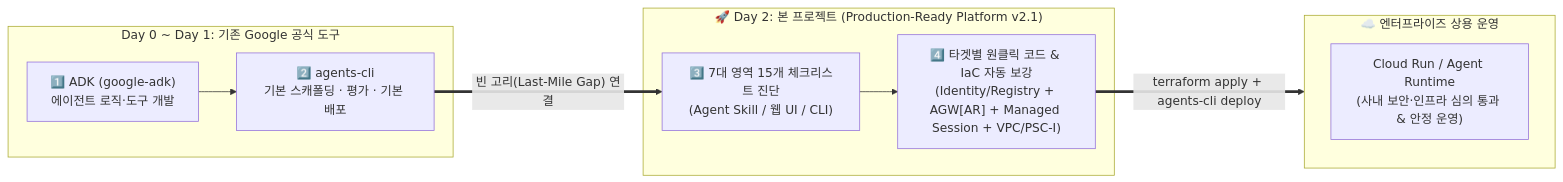
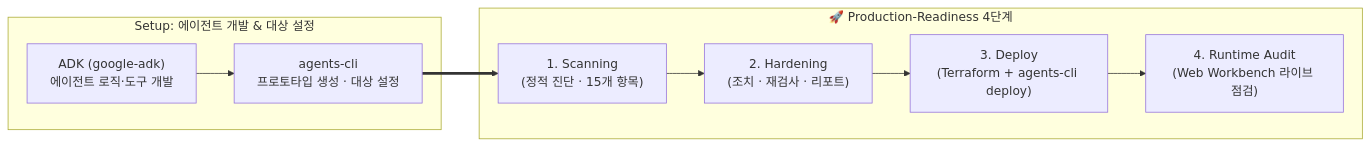
Before and after one commit to kiwonilee/production-ready-agent-platform: the diagram in README.md, drawn with Mermaid. The commit also changed other lines of this file and 10 other files, not shown here.

First line of the commit message:
refactor: replace weighted scores with RAG compliance gate and adopt 4-stage lab flow

````diff
--- a/README.md
+++ b/README.md
@@ -38,21 +38,18 @@
 ```mermaid
 flowchart LR
-    subgraph Day0_1["Day 0 ~ Day 1: 기존 Google 공식 도구"]
-        ADK["1️⃣ ADK (google-adk)<br/>에이전트 로직·도구 개발"]
-        ACLI["2️⃣ agents-cli<br/>기본 스캐폴딩 · 평가 · 기본 배포"]
+    subgraph Day0_1["Setup: 에이전트 개발 & 대상 설정"]
+        ADK["ADK (google-adk)<br/>에이전트 로직·도구 개발"]
+        ACLI["agents-cli<br/>프로토타입 생성 · 대상 설정"]
         ADK --> ACLI
     end
 
-    subgraph OurProject["🚀 Day 2: 본 프로젝트 (Production-Ready Platform v2.1)"]
-        Check["3️⃣ 7대 영역 15개 체크리스트 진단<br/>(Agent Skill / 웹 UI / CLI)"]
-        Patch["4️⃣ 타겟별 원클릭 코드 & IaC 자동 보강<br/>(Identity/Registry + AGW[AR] + Managed Session + VPC/PSC-I)"]
-        Check --> Patch
+    subgraph Readiness["🚀 Production-Readiness 4단계"]
+        S1["1. Scanning<br/>(정적 진단 · 15개 항목)"]
+        S2["2. Hardening<br/>(조치 · 재검사 · 리포트)"]
+        S3["3. Deploy<br/>(Terraform + agents-cli deploy)"]
+        S4["4. Runtime Audit<br/>(Web Workbench 라이브 점검)"]
+        S1 --> S2 --> S3 --> S4
     end
 
-    subgraph Prod["☁️ 엔터프라이즈 상용 운영"]
-        CR["Cloud Run / Agent Runtime<br/>(사내 보안·인프라 심의 통과 & 안정 운영)"]
-    end
-
-    ACLI ==>|"빈 고리(Last-Mile Gap) 연결"| Check
-    Patch ==>|"terraform apply + agents-cli deploy"| Prod
+    ACLI ==> S1
 ```
````
